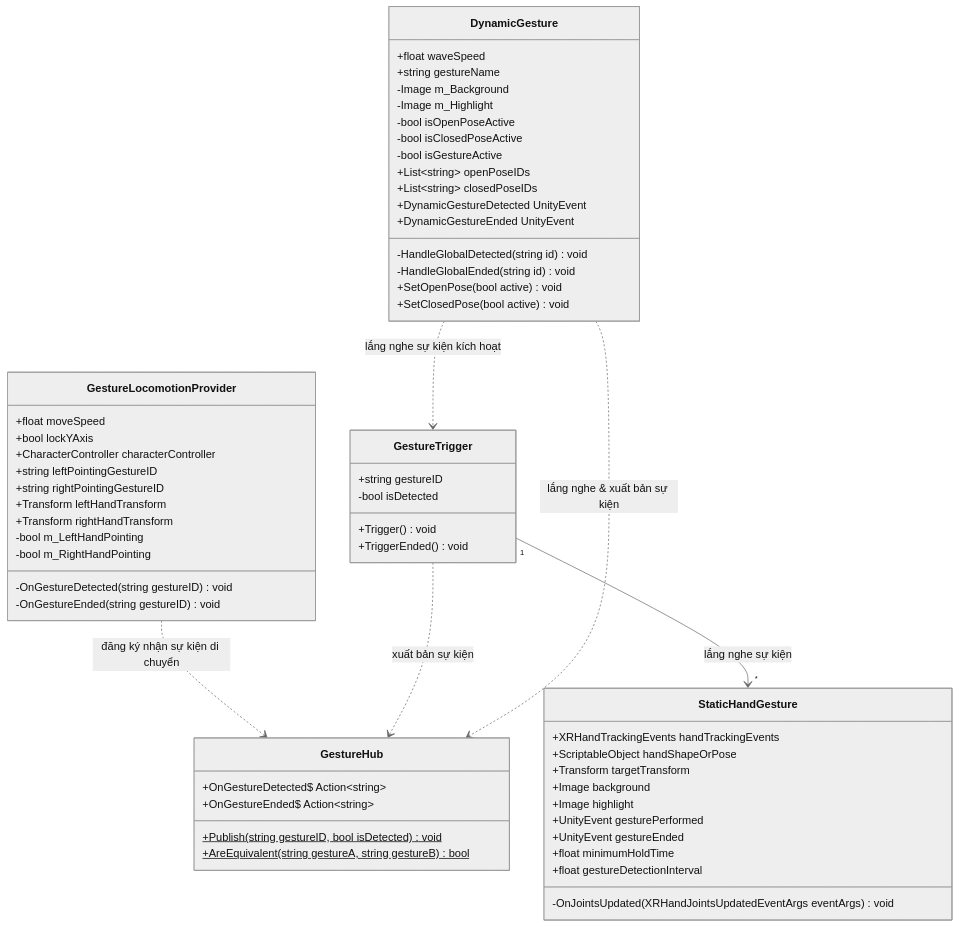
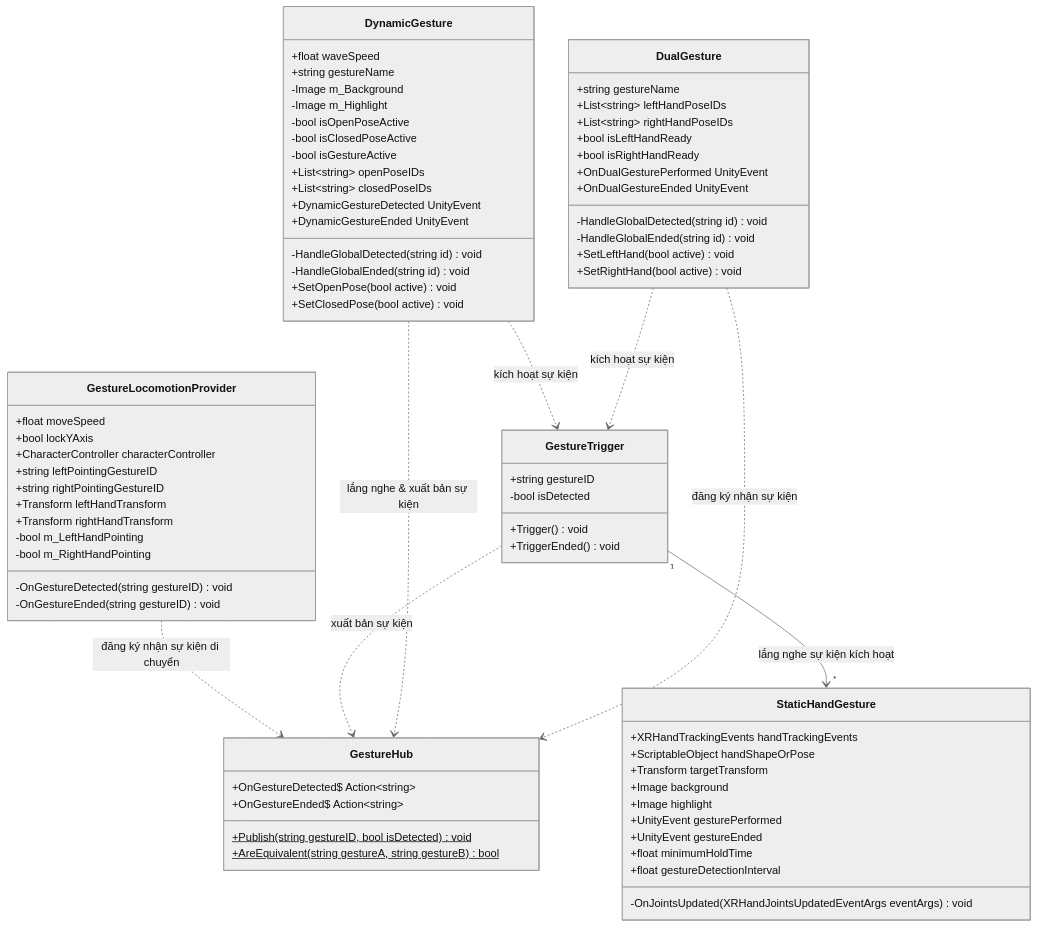
Before and after one commit to MinhTrinh04/ASL: the fifth of 10 diagrams in docs/DATN/12-Chương_5_Các_giải_pháp_và_đóng_góp_nổi_bật.md, drawn with Mermaid. The commit also changed other lines of this file and 2 other files, not shown here.

Commit message:
update diagram b and codebase

````diff
--- a/docs/DATN/12-Chương_5_Các_giải_pháp_và_đóng_góp_nổi_bật.md
+++ b/docs/DATN/12-Chương_5_Các_giải_pháp_và_đóng_góp_nổi_bật.md
@@ -263,9 +266,25 @@
         +SetClosedPose(bool active) void
     }
 
+    class DualGesture {
+        +string gestureName
+        +List~string~ leftHandPoseIDs
+        +List~string~ rightHandPoseIDs
+        +bool isLeftHandReady
+        +bool isRightHandReady
+        +OnDualGesturePerformed UnityEvent
+        +OnDualGestureEnded UnityEvent
+        -HandleGlobalDetected(string id) void
+        -HandleGlobalEnded(string id) void
+        +SetLeftHand(bool active) void
+        +SetRightHand(bool active) void
+    }
+
     GestureLocomotionProvider ..> GestureHub : đăng ký nhận sự kiện di chuyển
-    GestureTrigger "1" --> "*" StaticHandGesture : lắng nghe sự kiện
+    GestureTrigger "1" --> "*" StaticHandGesture : lắng nghe sự kiện kích hoạt
     GestureTrigger ..> GestureHub : xuất bản sự kiện
     DynamicGesture ..> GestureHub : lắng nghe & xuất bản sự kiện
-    DynamicGesture ..> GestureTrigger : lắng nghe sự kiện kích hoạt
+    DynamicGesture ..> GestureTrigger : kích hoạt sự kiện
+    DualGesture ..> GestureHub : đăng ký nhận sự kiện
+    DualGesture ..> GestureTrigger : kích hoạt sự kiện
 ```
````
